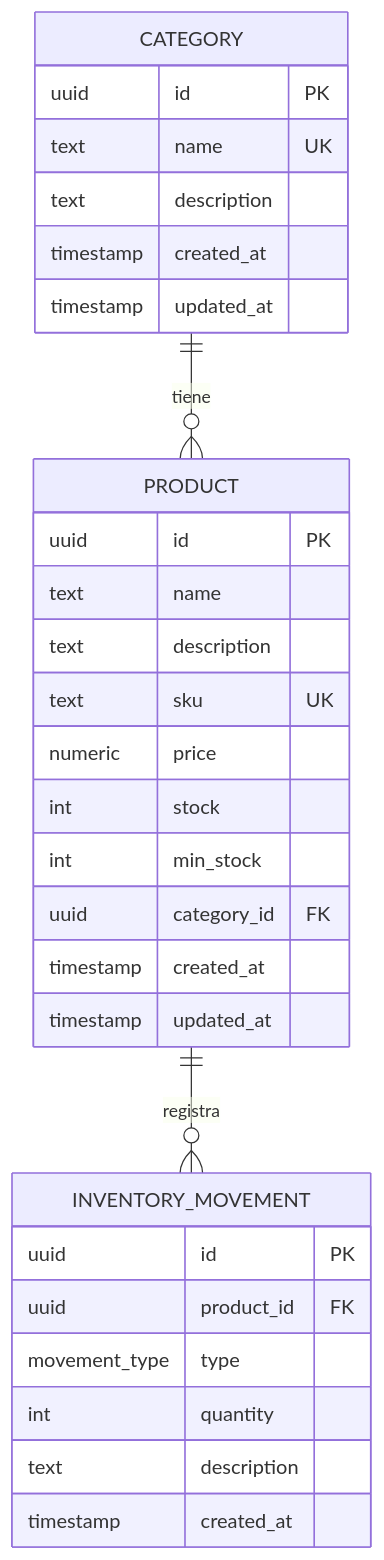
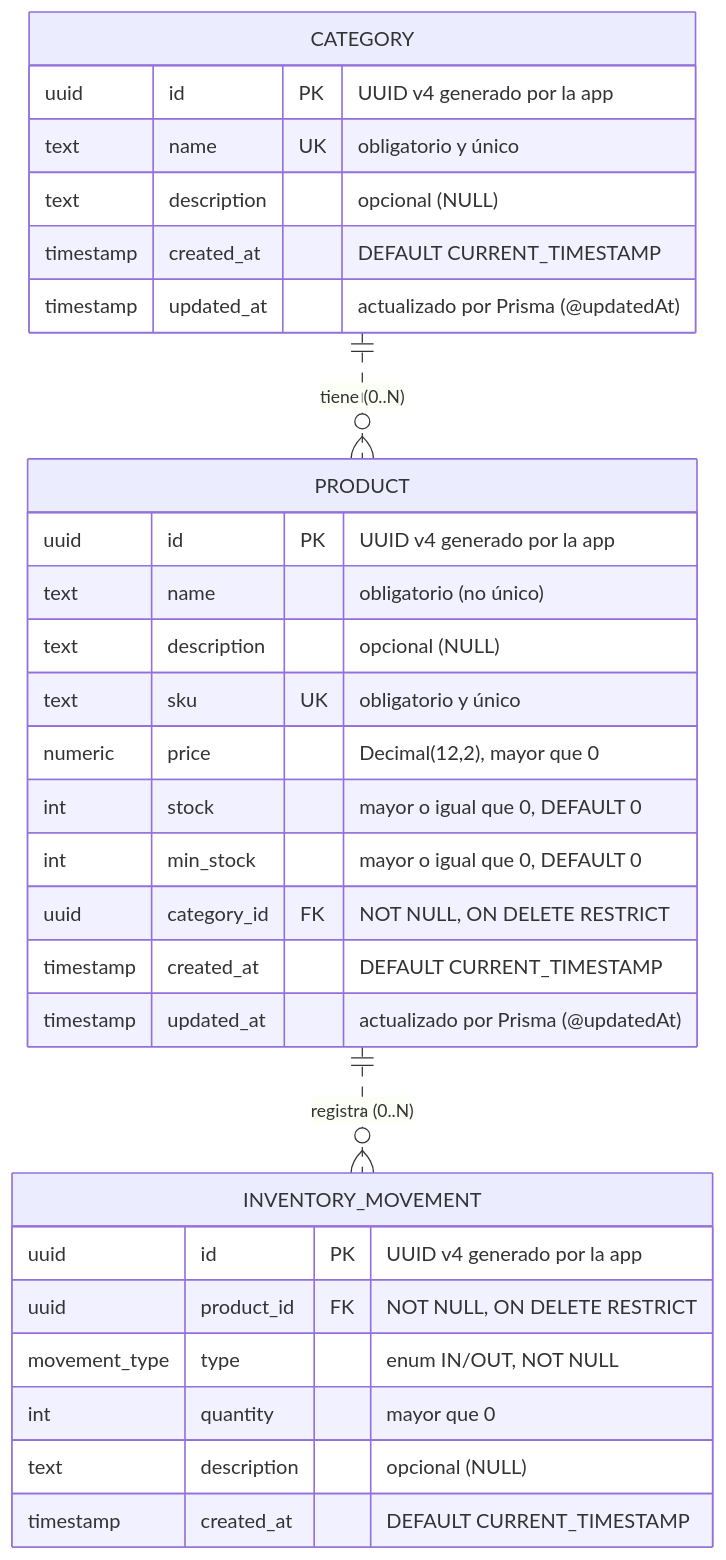
One commit to Andresjl389/testeo-github-nestjs changed the diagram in README.md. Above: the diagram before and after it, drawn with Mermaid. The commit also changed other lines of this file and 1 other file, not shown here.

Commit message:
docs: add ER diagram in Mermaid and DBML

````diff
--- a/README.md
+++ b/README.md
@@ -1003,33 +1003,35 @@
 ```mermaid
 erDiagram
-    CATEGORY ||--o{ PRODUCT : "tiene"
-    PRODUCT  ||--o{ INVENTORY_MOVEMENT : "registra"
+    CATEGORY   ||..o{ PRODUCT : "tiene (0..N)"
+    PRODUCT    ||..o{ INVENTORY_MOVEMENT : "registra (0..N)"
 
     CATEGORY {
-        uuid id PK
-        text name UK
-        text description
-        timestamp created_at
-        timestamp updated_at
+        uuid id PK "UUID v4 generado por la app"
+        text name UK "obligatorio y único"
+        text description "opcional (NULL)"
+        timestamp created_at "DEFAULT CURRENT_TIMESTAMP"
+        timestamp updated_at "actualizado por Prisma (@updatedAt)"
     }
+
     PRODUCT {
-        uuid id PK
-        text name
-        text description
-        text sku UK
-        numeric price
-        int stock
-        int min_stock
-        uuid category_id FK
-        timestamp created_at
-        timestamp updated_at
+        uuid id PK "UUID v4 generado por la app"
+        text name "obligatorio (no único)"
+        text description "opcional (NULL)"
+        text sku UK "obligatorio y único"
+        numeric price "Decimal(12,2), mayor que 0"
+        int stock "mayor o igual que 0, DEFAULT 0"
+        int min_stock "mayor o igual que 0, DEFAULT 0"
+        uuid category_id FK "NOT NULL, ON DELETE RESTRICT"
+        timestamp created_at "DEFAULT CURRENT_TIMESTAMP"
+        timestamp updated_at "actualizado por Prisma (@updatedAt)"
     }
+
     INVENTORY_MOVEMENT {
-        uuid id PK
-        uuid product_id FK
-        movement_type type
-        int quantity
-        text description
-        timestamp created_at
+        uuid id PK "UUID v4 generado por la app"
+        uuid product_id FK "NOT NULL, ON DELETE RESTRICT"
+        movement_type type "enum IN/OUT, NOT NULL"
+        int quantity "mayor que 0"
+        text description "opcional (NULL)"
+        timestamp created_at "DEFAULT CURRENT_TIMESTAMP"
     }
 ```
````
